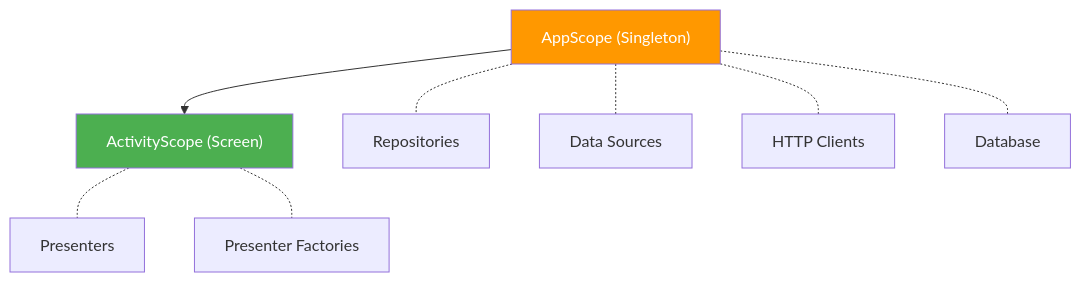
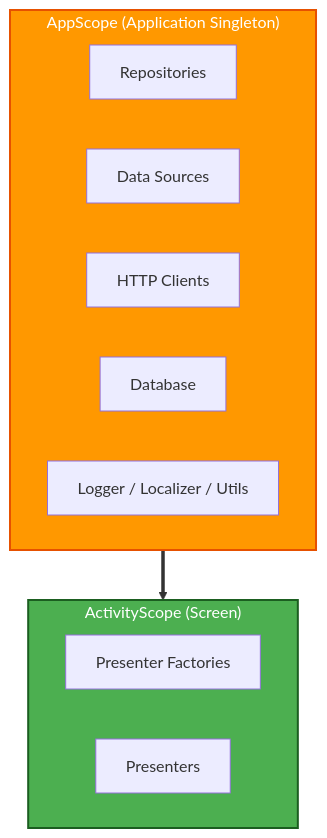
One commit to thomaskioko/tv-maniac changed the diagram in docs/architecture/DI.md. Above: the diagram before and after it, drawn with Mermaid. The commit also changed other lines of this file and 490 other files, not shown here.

````diff
--- a/docs/architecture/DI.md
+++ b/docs/architecture/DI.md
@@ -9,15 +11,22 @@
 ```mermaid
 graph TD
-    AS["AppScope (Singleton)"] --> ACS["ActivityScope (Screen)"]
+    subgraph AS["AppScope (Application Singleton)"]
+        direction LR
+        R["Repositories"]
+        DS["Data Sources"]
+        HC["HTTP Clients"]
+        DB["Database"]
+        U["Logger / Localizer / Utils"]
+    end
 
-    AS -.- R["Repositories"]
-    AS -.- DS["Data Sources"]
-    AS -.- HC["HTTP Clients"]
-    AS -.- DB["Database"]
+    subgraph ACS["ActivityScope (Screen)"]
+        direction LR
+        PF["Presenter Factories"]
+        P["Presenters"]
+    end
 
-    ACS -.- P["Presenters"]
-    ACS -.- PF["Presenter Factories"]
+    AS ==> ACS
 
-    style AS fill:#FF9800,color:#fff
-    style ACS fill:#4CAF50,color:#fff
+    style AS fill:#FF9800,color:#fff,stroke:#E65100,stroke-width:2px
+    style ACS fill:#4CAF50,color:#fff,stroke:#1B5E20,stroke-width:2px
 ```
````
